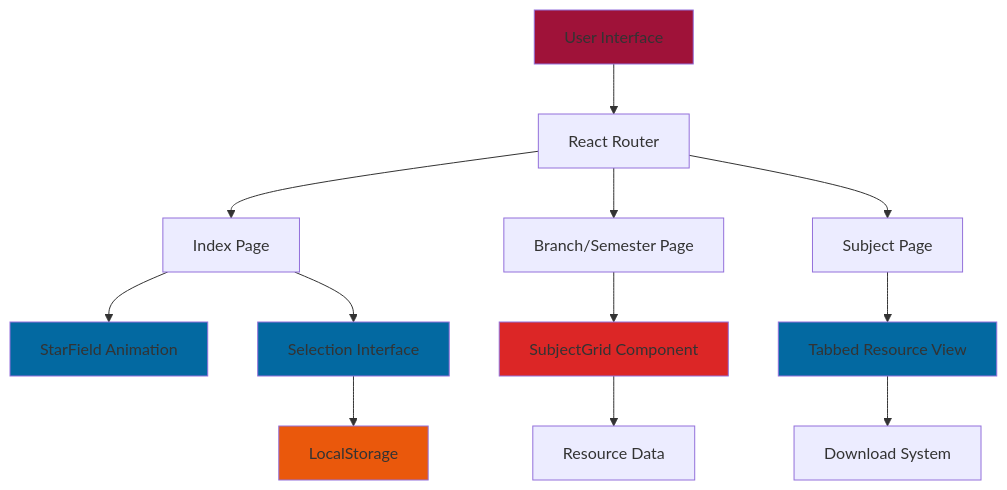
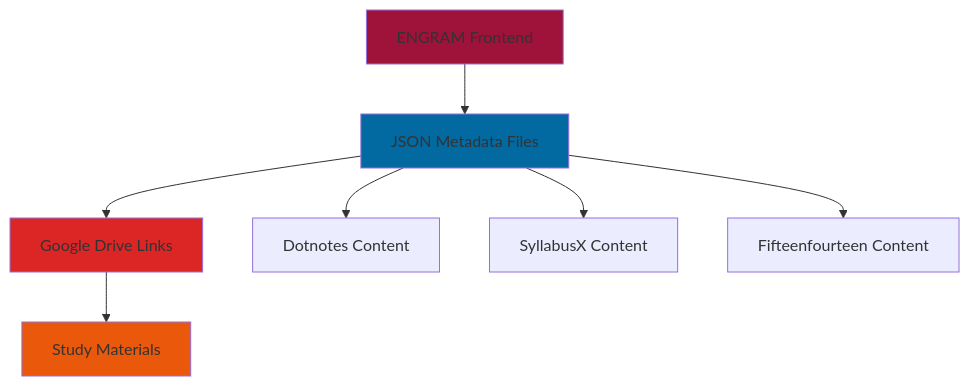
The first of 3 diagrams in README.md (Kuberwastaken/engram), drawn with Mermaid before and after one commit. The commit also changed other lines of this file and 2 other files, not shown here.

````diff
--- a/README.md
+++ b/README.md
@@ -133,23 +195,15 @@
 ```mermaid
 graph TD
-    A[User Interface] --> B[React Router]
-    B --> C[Index Page]
-    B --> D[Branch/Semester Page]
-    B --> E[Subject Page]
+    A[ENGRAM Frontend] --> B[JSON Metadata Files]
+    B --> C[Google Drive Links]
+    C --> D[Study Materials]
     
-    C --> F[StarField Animation]
-    C --> G[Selection Interface]
-    D --> H[SubjectGrid Component]
-    E --> I[Tabbed Resource View]
-    
-    G --> J[LocalStorage]
-    H --> K[Resource Data]
-    I --> L[Download System]
+    B --> E[Dotnotes Content]
+    B --> F[SyllabusX Content]
+    B --> G[Fifteenfourteen Content]
     
     style A fill:#9f1239
-    style F fill:#0369a1
-    style G fill:#0369a1
-    style H fill:#dc2626
-    style I fill:#0369a1
-    style J fill:#ea580c
+    style B fill:#0369a1
+    style C fill:#dc2626
+    style D fill:#ea580c
 ```
````
